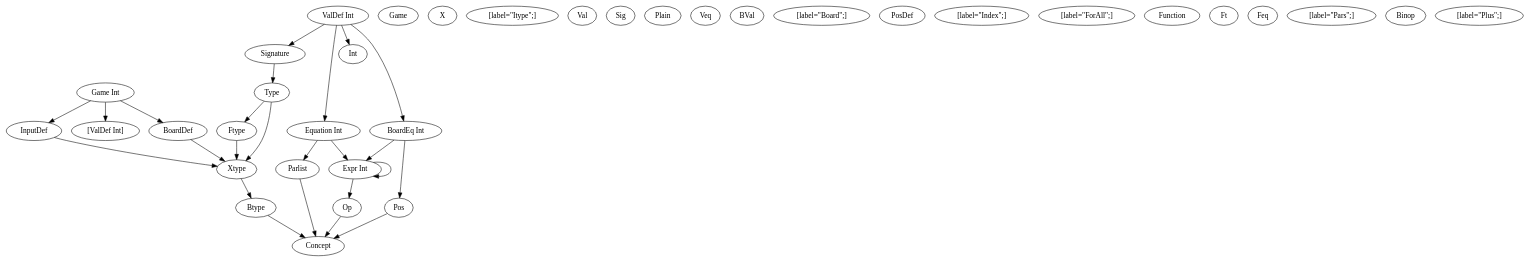
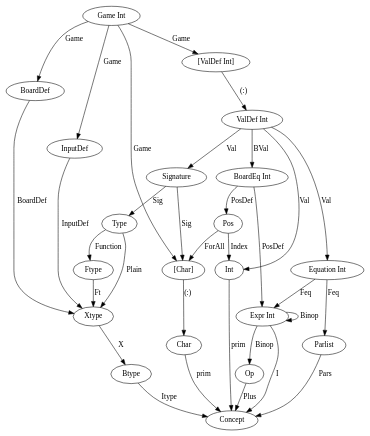
Before and after one commit to montymxb/ProgramConceptClassifier: the diagram in astgraph.gv, drawn with Graphviz. The commit also changed 4 other files, not shown here.

```diff
--- a/astgraph.gv
+++ b/astgraph.gv
@@ -1,90 +1,139 @@
 strict digraph G {
-"Game Int" [label="Game Int"];
-"BoardDef" [label="BoardDef"];
-"Xtype" [label="Xtype"];
-"Btype" [label="Btype"];
-"InputDef" [label="InputDef"];
-"Xtype" [label="Xtype"];
-"Btype" [label="Btype"];
-"ValDef Int" [label="ValDef Int"];
-"Signature" [label="Signature"];
-"Type" [label="Type"];
-"Xtype" [label="Xtype"];
-"Btype" [label="Btype"];
-"Equation Int" [label="Equation Int"];
-"Expr Int" [label="Expr Int"];
-"Int" [label="Int"];
-"ValDef Int" [label="ValDef Int"];
-"Signature" [label="Signature"];
-"Type" [label="Type"];
-"Xtype" [label="Xtype"];
-"Btype" [label="Btype"];
-"BoardEq Int" [label="BoardEq Int"];
-"Pos" [label="Pos"];
-"Pos" [label="Pos"];
-"Expr Int" [label="Expr Int"];
-"Int" [label="Int"];
-"ValDef Int" [label="ValDef Int"];
-"Signature" [label="Signature"];
-"Type" [label="Type"];
-"Ftype" [label="Ftype"];
-"Xtype" [label="Xtype"];
-"Btype" [label="Btype"];
-"Xtype" [label="Xtype"];
-"Btype" [label="Btype"];
-"Equation Int" [label="Equation Int"];
-"Parlist" [label="Parlist"];
-"Expr Int" [label="Expr Int"];
-"Op" [label="Op"];
-"Expr Int" [label="Expr Int"];
-"Expr Int" [label="Expr Int"];
-"Int" [label="Int"];
-"Game Int" -> "BoardDef""Game";
-"Game Int" -> "InputDef""Game";
-"Game Int" -> "[ValDef Int]""Game";
-"BoardDef" -> "Xtype""BoardDef";
-"Xtype" -> "Btype""X";
-"Btype" -> "Concept"" [label=\"Itype\";]";
-"InputDef" -> "Xtype""InputDef";
-"Xtype" -> "Btype""X";
-"Btype" -> "Concept"" [label=\"Itype\";]";
-"ValDef Int" -> "Signature""Val";
-"ValDef Int" -> "Equation Int""Val";
-"ValDef Int" -> "Int""Val";
-"Signature" -> "Type""Sig";
-"Type" -> "Xtype""Plain";
-"Xtype" -> "Btype""X";
-"Btype" -> "Concept"" [label=\"Itype\";]";
-"Equation Int" -> "Expr Int""Veq";
-"ValDef Int" -> "BoardEq Int""BVal";
-"ValDef Int" -> "Signature""BVal";
-"ValDef Int" -> "Int""BVal";
-"Signature" -> "Type""Sig";
-"Type" -> "Xtype""Plain";
-"Xtype" -> "Btype""X";
-"Btype" -> "Concept"" [label=\"Board\";]";
-"BoardEq Int" -> "Pos""PosDef";
-"BoardEq Int" -> "Pos""PosDef";
-"BoardEq Int" -> "Expr Int""PosDef";
-"Pos" -> "Concept"" [label=\"Index\";]";
-"Pos" -> "Concept"" [label=\"ForAll\";]";
-"ValDef Int" -> "Signature""Val";
-"ValDef Int" -> "Equation Int""Val";
-"ValDef Int" -> "Int""Val";
-"Signature" -> "Type""Sig";
-"Type" -> "Ftype""Function";
-"Ftype" -> "Xtype""Ft";
-"Ftype" -> "Xtype""Ft";
-"Xtype" -> "Btype""X";
-"Btype" -> "Concept"" [label=\"Itype\";]";
-"Xtype" -> "Btype""X";
-"Btype" -> "Concept"" [label=\"Itype\";]";
-"Equation Int" -> "Parlist""Feq";
-"Equation Int" -> "Expr Int""Feq";
-"Parlist" -> "Concept"" [label=\"Pars\";]";
-"Expr Int" -> "Op""Binop";
-"Expr Int" -> "Expr Int""Binop";
-"Expr Int" -> "Expr Int""Binop";
-"Op" -> "Concept"" [label=\"Plus\";]";
+Game_Int	 [label="Game Int"];
+List_Char	 [label="[Char]"];
+Char	 [label="Char"];
+Char	 [label="Char"];
+Char	 [label="Char"];
+Char	 [label="Char"];
+Char	 [label="Char"];
+Char	 [label="Char"];
+Char	 [label="Char"];
+Char	 [label="Char"];
+BoardDef	 [label="BoardDef"];
+Xtype	 [label="Xtype"];
+Btype	 [label="Btype"];
+InputDef	 [label="InputDef"];
+Xtype	 [label="Xtype"];
+Btype	 [label="Btype"];
+List_ValDef_Int	 [label="[ValDef Int]"];
+ValDef_Int	 [label="ValDef Int"];
+Signature	 [label="Signature"];
+Type	 [label="Type"];
+Xtype	 [label="Xtype"];
+Btype	 [label="Btype"];
+List_Char	 [label="[Char]"];
+Char	 [label="Char"];
+Char	 [label="Char"];
+Equation_Int	 [label="Equation Int"];
+Expr_Int	 [label="Expr Int"];
+Int	 [label="Int"];
+ValDef_Int	 [label="ValDef Int"];
+Signature	 [label="Signature"];
+Type	 [label="Type"];
+Xtype	 [label="Xtype"];
+Btype	 [label="Btype"];
+List_Char	 [label="[Char]"];
+Char	 [label="Char"];
+Char	 [label="Char"];
+BoardEq_Int	 [label="BoardEq Int"];
+Pos	 [label="Pos"];
+Pos	 [label="Pos"];
+Expr_Int	 [label="Expr Int"];
+Int	 [label="Int"];
+ValDef_Int	 [label="ValDef Int"];
+Signature	 [label="Signature"];
+Type	 [label="Type"];
+Ftype	 [label="Ftype"];
+Xtype	 [label="Xtype"];
+Btype	 [label="Btype"];
+Xtype	 [label="Xtype"];
+Btype	 [label="Btype"];
+List_Char	 [label="[Char]"];
+Char	 [label="Char"];
+Char	 [label="Char"];
+Equation_Int	 [label="Equation Int"];
+Parlist	 [label="Parlist"];
+Expr_Int	 [label="Expr Int"];
+Op	 [label="Op"];
+Expr_Int	 [label="Expr Int"];
+Expr_Int	 [label="Expr Int"];
+Int	 [label="Int"];
+Game_Int	->	List_Char	 [label="Game"];
+Game_Int	->	BoardDef	 [label="Game"];
+Game_Int	->	InputDef	 [label="Game"];
+Game_Int	->	List_ValDef_Int	 [label="Game"];
+List_Char	->	Char	 [label="(:)"];
+List_Char	->	Char	 [label="(:)"];
+List_Char	->	Char	 [label="(:)"];
+List_Char	->	Char	 [label="(:)"];
+List_Char	->	Char	 [label="(:)"];
+List_Char	->	Char	 [label="(:)"];
+List_Char	->	Char	 [label="(:)"];
+List_Char	->	Char	 [label="(:)"];
+Char	->	Concept	 [label="prim"];
+Char	->	Concept	 [label="prim"];
+Char	->	Concept	 [label="prim"];
+Char	->	Concept	 [label="prim"];
+Char	->	Concept	 [label="prim"];
+Char	->	Concept	 [label="prim"];
+Char	->	Concept	 [label="prim"];
+Char	->	Concept	 [label="prim"];
+BoardDef	->	Xtype	 [label="BoardDef"];
+Xtype	->	Btype	 [label="X"];
+Btype	->	Concept	 [label="Itype"];
+InputDef	->	Xtype	 [label="InputDef"];
+Xtype	->	Btype	 [label="X"];
+Btype	->	Concept	 [label="Itype"];
+List_ValDef_Int	->	ValDef_Int	 [label="(:)"];
+List_ValDef_Int	->	ValDef_Int	 [label="(:)"];
+List_ValDef_Int	->	ValDef_Int	 [label="(:)"];
+ValDef_Int	->	Signature	 [label="Val"];
+ValDef_Int	->	Equation_Int	 [label="Val"];
+ValDef_Int	->	Int	 [label="Val"];
+Signature	->	Type	 [label="Sig"];
+Signature	->	List_Char	 [label="Sig"];
+Type	->	Xtype	 [label="Plain"];
+Xtype	->	Btype	 [label="X"];
+Btype	->	Concept	 [label="Itype"];
+Equation_Int	->	Expr_Int	 [label="Veq"];
+Expr_Int	->	Concept	 [label="I"];
+Int	->	Concept	 [label="prim"];
+ValDef_Int	->	BoardEq_Int	 [label="BVal"];
+ValDef_Int	->	Signature	 [label="BVal"];
+ValDef_Int	->	Int	 [label="BVal"];
+Signature	->	Type	 [label="Sig"];
+Signature	->	List_Char	 [label="Sig"];
+Type	->	Xtype	 [label="Plain"];
+Xtype	->	Btype	 [label="X"];
+Btype	->	Concept	 [label="Board"];
+Int	->	Concept	 [label="prim"];
+BoardEq_Int	->	Pos	 [label="PosDef"];
+BoardEq_Int	->	Pos	 [label="PosDef"];
+BoardEq_Int	->	Expr_Int	 [label="PosDef"];
+Pos	->	Int	 [label="Index"];
+Pos	->	List_Char	 [label="ForAll"];
+Expr_Int	->	Concept	 [label="I"];
+ValDef_Int	->	Signature	 [label="Val"];
+ValDef_Int	->	Equation_Int	 [label="Val"];
+ValDef_Int	->	Int	 [label="Val"];
+Signature	->	Type	 [label="Sig"];
+Signature	->	List_Char	 [label="Sig"];
+Type	->	Ftype	 [label="Function"];
+Ftype	->	Xtype	 [label="Ft"];
+Ftype	->	Xtype	 [label="Ft"];
+Xtype	->	Btype	 [label="X"];
+Btype	->	Concept	 [label="Itype"];
+Xtype	->	Btype	 [label="X"];
+Btype	->	Concept	 [label="Itype"];
+Equation_Int	->	Parlist	 [label="Feq"];
+Equation_Int	->	Expr_Int	 [label="Feq"];
+Parlist	->	Concept	 [label="Pars"];
+Expr_Int	->	Op	 [label="Binop"];
+Expr_Int	->	Expr_Int	 [label="Binop"];
+Expr_Int	->	Expr_Int	 [label="Binop"];
+Op	->	Concept	 [label="Plus"];
+Expr_Int	->	Concept	 [label="Ref"];
+Expr_Int	->	Concept	 [label="I"];
+Int	->	Concept	 [label="prim"];
 
 }
```
